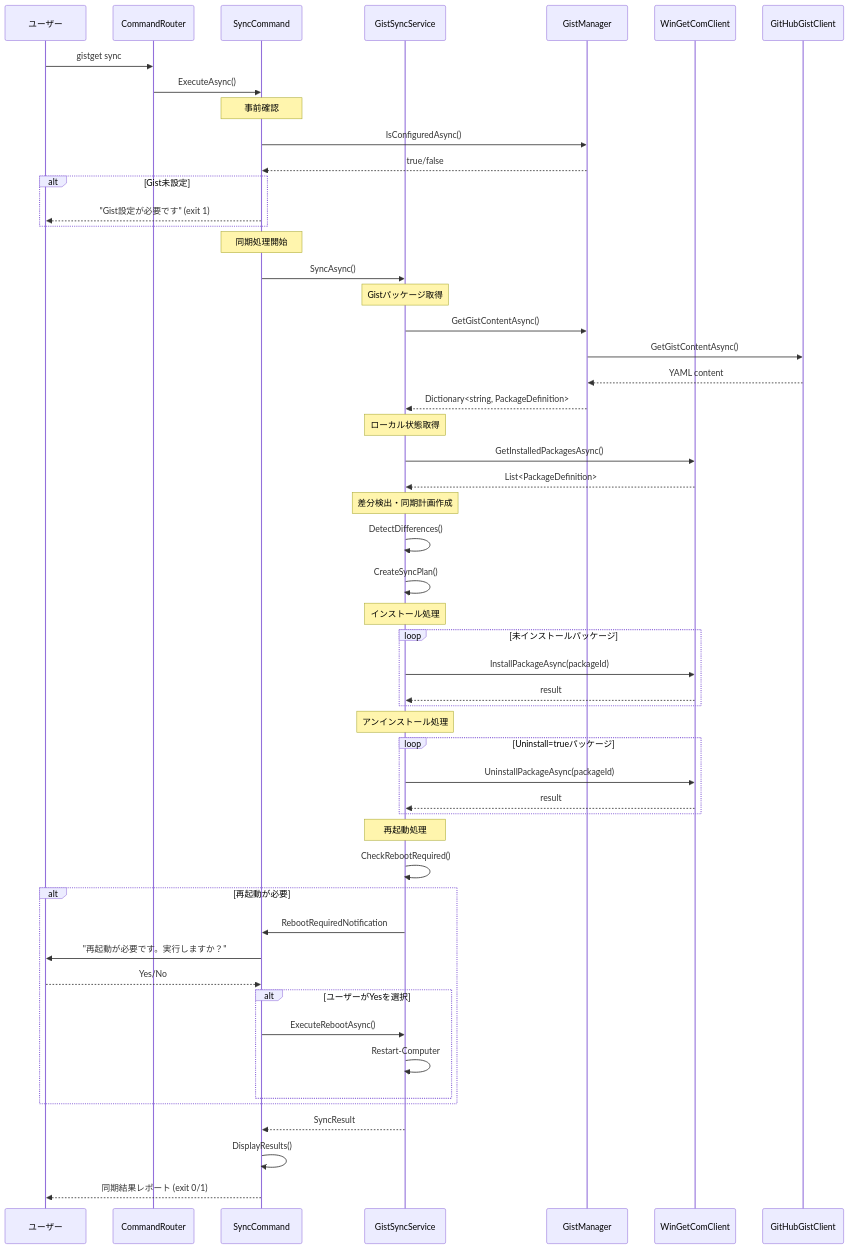
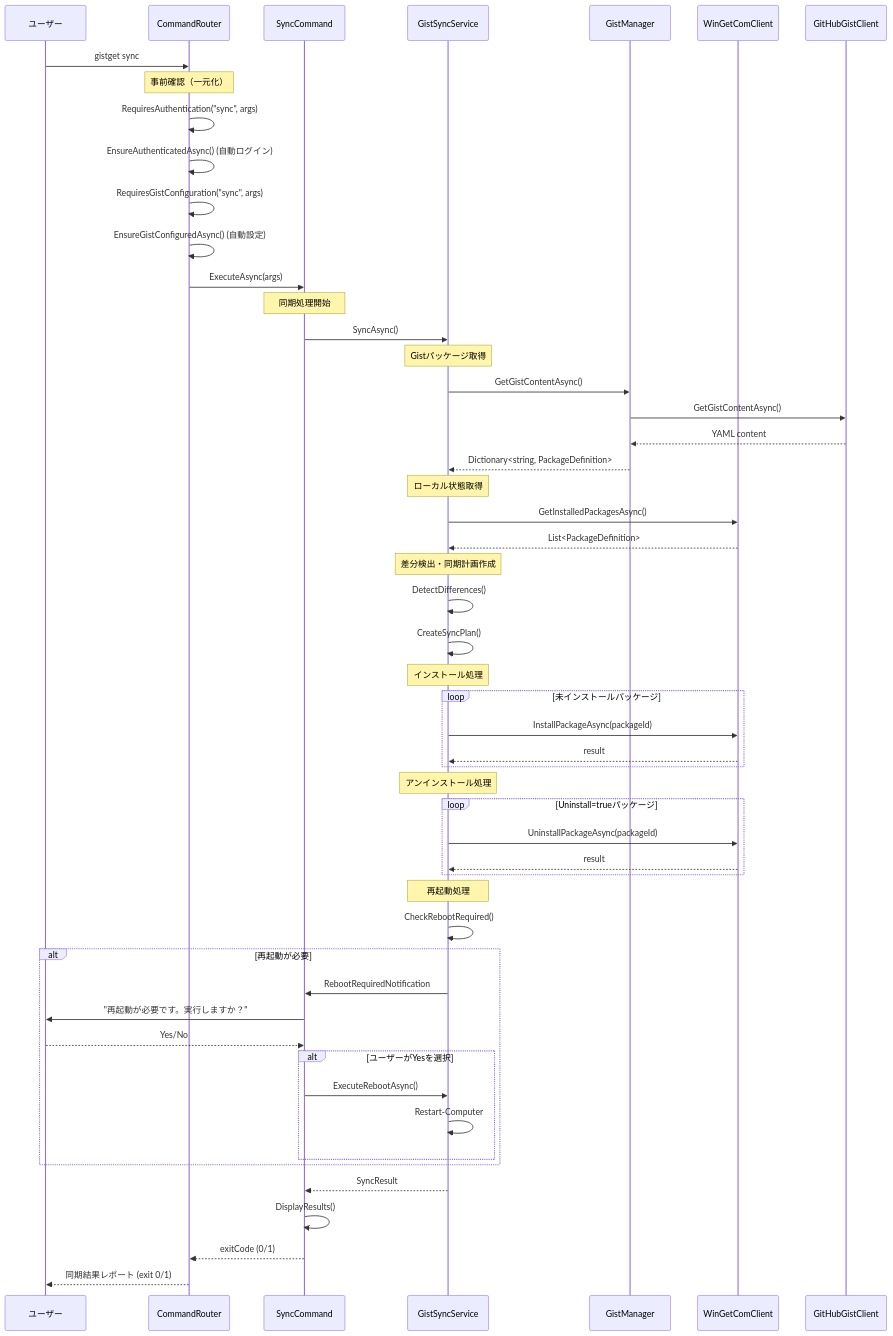
Before and after one commit to nuitsjp/GistGet: the diagram in docs/gistget/sync.md, drawn with Mermaid. The commit also changed other lines of this file and 7 other files, not shown here.

First line of the commit message:
Refactor command handling in GistGet to centralize authentication and Gist configuration checks in CommandRouter

````diff
--- a/docs/gistget/sync.md
+++ b/docs/gistget/sync.md
@@ -93,66 +93,66 @@
 ```mermaid
 sequenceDiagram
     participant User as ユーザー
     participant Router as CommandRouter
     participant SyncCmd as SyncCommand
     participant SyncSvc as GistSyncService
     participant GistMgr as GistManager
     participant WinGetClient as WinGetComClient
     participant GitHubClient as GitHubGistClient
 
     User->>Router: gistget sync
-    Router->>SyncCmd: ExecuteAsync()
     
-    note over SyncCmd: 事前確認
-    SyncCmd->>GistMgr: IsConfiguredAsync()
-    GistMgr-->>SyncCmd: true/false
+    note over Router: 事前確認（一元化）
+    Router->>Router: RequiresAuthentication("sync", args)
+    Router->>Router: EnsureAuthenticatedAsync() (自動ログイン)
+    Router->>Router: RequiresGistConfiguration("sync", args)
+    Router->>Router: EnsureGistConfiguredAsync() (自動設定)
     
-    alt Gist未設定
-        SyncCmd-->>User: "Gist設定が必要です" (exit 1)
-    end
+    Router->>SyncCmd: ExecuteAsync(args)
     
     note over SyncCmd: 同期処理開始
     SyncCmd->>SyncSvc: SyncAsync()
     
     note over SyncSvc: Gistパッケージ取得
     SyncSvc->>GistMgr: GetGistContentAsync()
     GistMgr->>GitHubClient: GetGistContentAsync()
     GitHubClient-->>GistMgr: YAML content
     GistMgr-->>SyncSvc: Dictionary<string, PackageDefinition>
     
     note over SyncSvc: ローカル状態取得
     SyncSvc->>WinGetClient: GetInstalledPackagesAsync()
     WinGetClient-->>SyncSvc: List<PackageDefinition>
     
     note over SyncSvc: 差分検出・同期計画作成
     SyncSvc->>SyncSvc: DetectDifferences()
     SyncSvc->>SyncSvc: CreateSyncPlan()
     
     note over SyncSvc: インストール処理
     loop 未インストールパッケージ
         SyncSvc->>WinGetClient: InstallPackageAsync(packageId)
         WinGetClient-->>SyncSvc: result
     end
     
     note over SyncSvc: アンインストール処理
     loop Uninstall=trueパッケージ
         SyncSvc->>WinGetClient: UninstallPackageAsync(packageId)
         WinGetClient-->>SyncSvc: result
     end
     
     note over SyncSvc: 再起動処理
     SyncSvc->>SyncSvc: CheckRebootRequired()
     alt 再起動が必要
         SyncSvc->>SyncCmd: RebootRequiredNotification
         SyncCmd->>User: "再起動が必要です。実行しますか？"
         User-->>SyncCmd: Yes/No
         alt ユーザーがYesを選択
             SyncCmd->>SyncSvc: ExecuteRebootAsync()
             SyncSvc->>SyncSvc: Restart-Computer
         end
     end
     
     SyncSvc-->>SyncCmd: SyncResult
     SyncCmd->>SyncCmd: DisplayResults()
-    SyncCmd-->>User: 同期結果レポート (exit 0/1)
+    SyncCmd-->>Router: exitCode (0/1)
+    Router-->>User: 同期結果レポート (exit 0/1)
 ```
````
